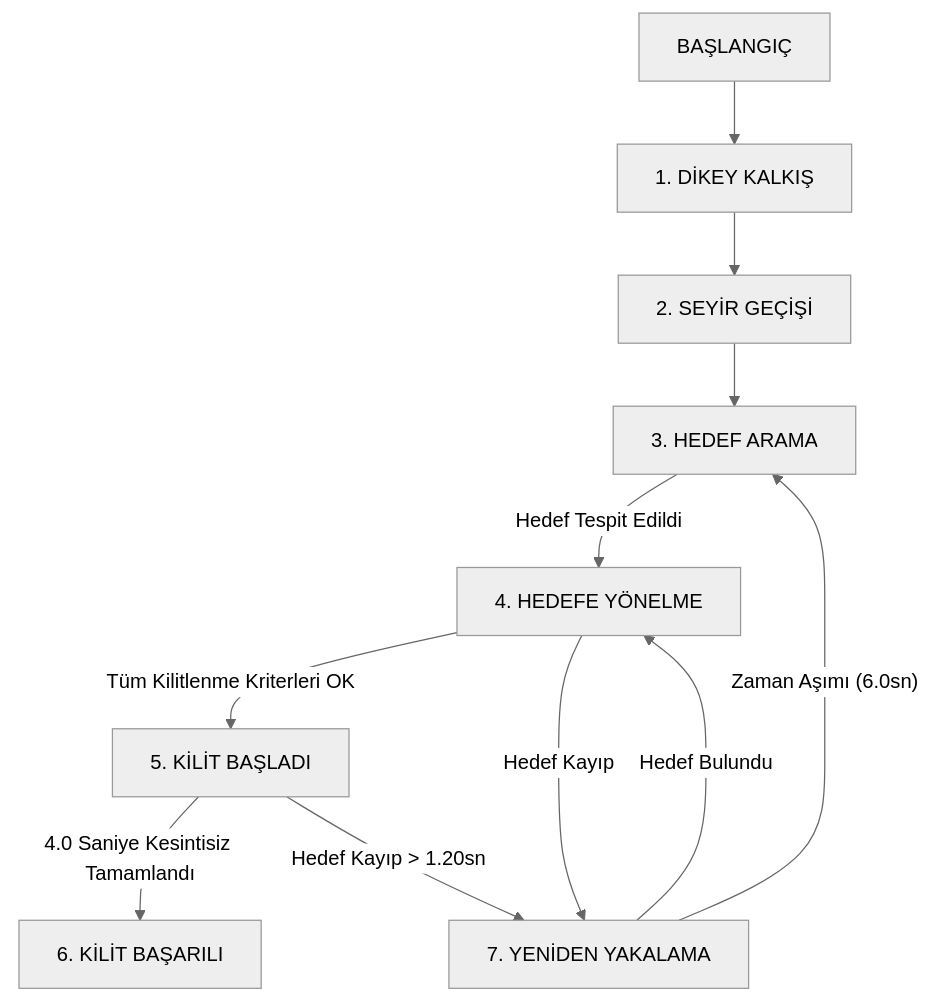
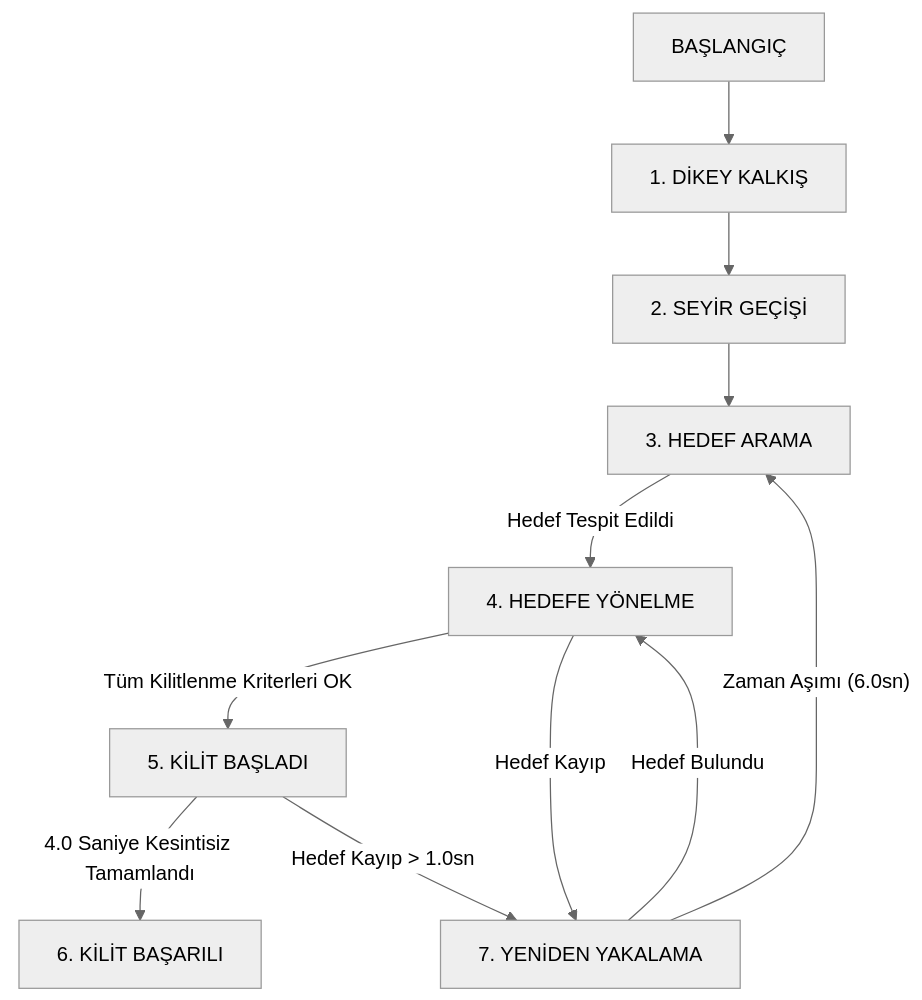
The first of 2 diagrams in README.md (koesan/Teknofest_Savasan_IHA), drawn with Mermaid (neutral theme) before and after one commit.

````diff
--- a/README.md
+++ b/README.md
@@ -81,13 +81,13 @@
 ```mermaid
 graph TD
     BOOT[BAŞLANGIÇ] --> TAKEOFF[1. DİKEY KALKIŞ]
     TAKEOFF --> TRANSITION[2. SEYİR GEÇİŞİ]
     TRANSITION --> SEARCH[3. HEDEF ARAMA]
     SEARCH -- "Hedef Tespit Edildi" --> INTERCEPT[4. HEDEFE YÖNELME]
     INTERCEPT -- "Tüm Kilitlenme Kriterleri OK" --> LOCK_HOLD[5. KİLİT BAŞLADI]
     LOCK_HOLD -- "4.0 Saniye Kesintisiz Tamamlandı" --> LOCK_SUCCESS[6. KİLİT BAŞARILI]
     INTERCEPT -- "Hedef Kayıp" --> REACQUIRE[7. YENİDEN YAKALAMA]
-    LOCK_HOLD -- "Hedef Kayıp > 1.20sn" --> REACQUIRE
+    LOCK_HOLD -- "Hedef Kayıp > 1.0sn" --> REACQUIRE
     REACQUIRE -- "Hedef Bulundu" --> INTERCEPT
     REACQUIRE -- "Zaman Aşımı (6.0sn)" --> SEARCH
 ```
````
